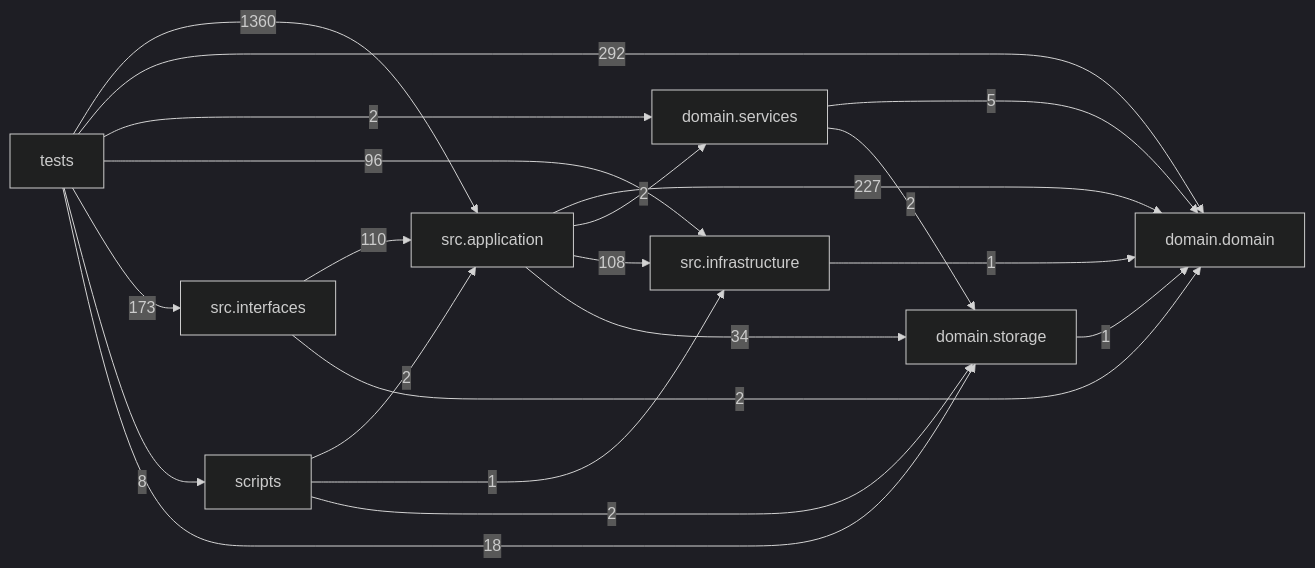
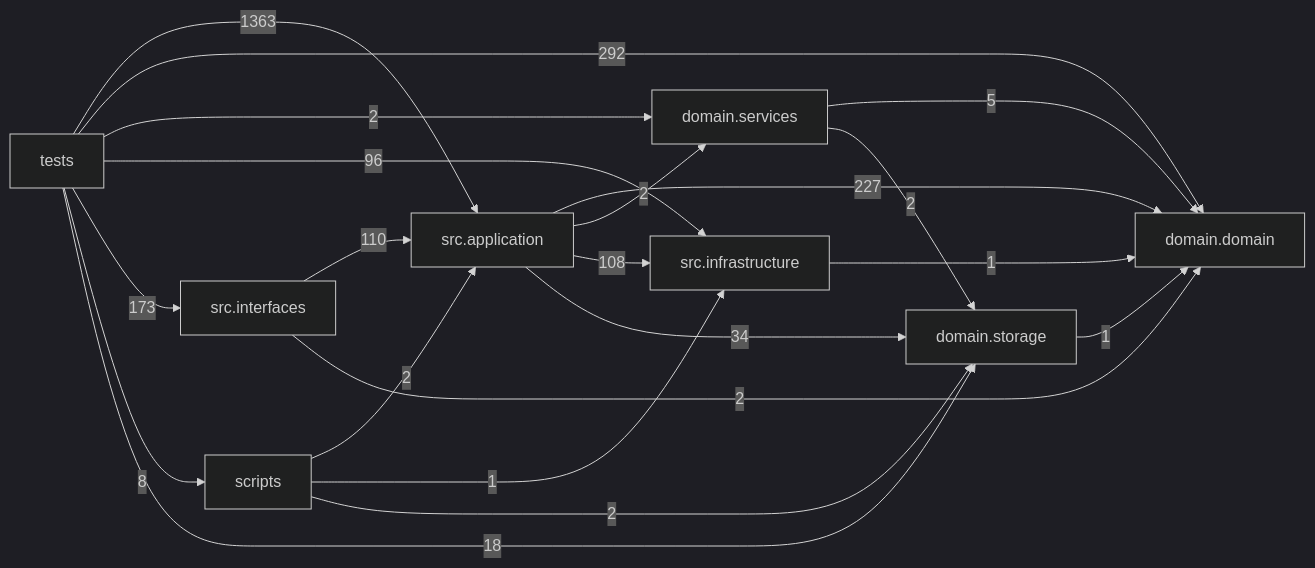
One commit to liuxie066/options-monitor changed the diagram in docs/DEPENDENCY_GRAPH.md. Above: the diagram before and after it, drawn with Mermaid (dark theme). The commit also changed other lines of this file and 4 other files, not shown here.

````diff
--- a/docs/DEPENDENCY_GRAPH.md
+++ b/docs/DEPENDENCY_GRAPH.md
@@ -24,31 +24,31 @@
 ```mermaid
 flowchart LR
   tests["tests"]
   scripts["scripts"]
   interfaces["src.interfaces"]
   application["src.application"]
   infrastructure["src.infrastructure"]
   domain_services["domain.services"]
   domain["domain.domain"]
   storage["domain.storage"]
   application -->|227| domain
   application -->|2| domain_services
   application -->|108| infrastructure
   application -->|34| storage
   domain_services -->|5| domain
   domain_services -->|2| storage
   infrastructure -->|1| domain
   interfaces -->|110| application
   interfaces -->|2| domain
   scripts -->|2| application
   scripts -->|1| infrastructure
   scripts -->|2| storage
   storage -->|1| domain
-  tests -->|1360| application
+  tests -->|1363| application
   tests -->|292| domain
   tests -->|2| domain_services
   tests -->|96| infrastructure
   tests -->|173| interfaces
   tests -->|8| scripts
   tests -->|18| storage
 ```
````
